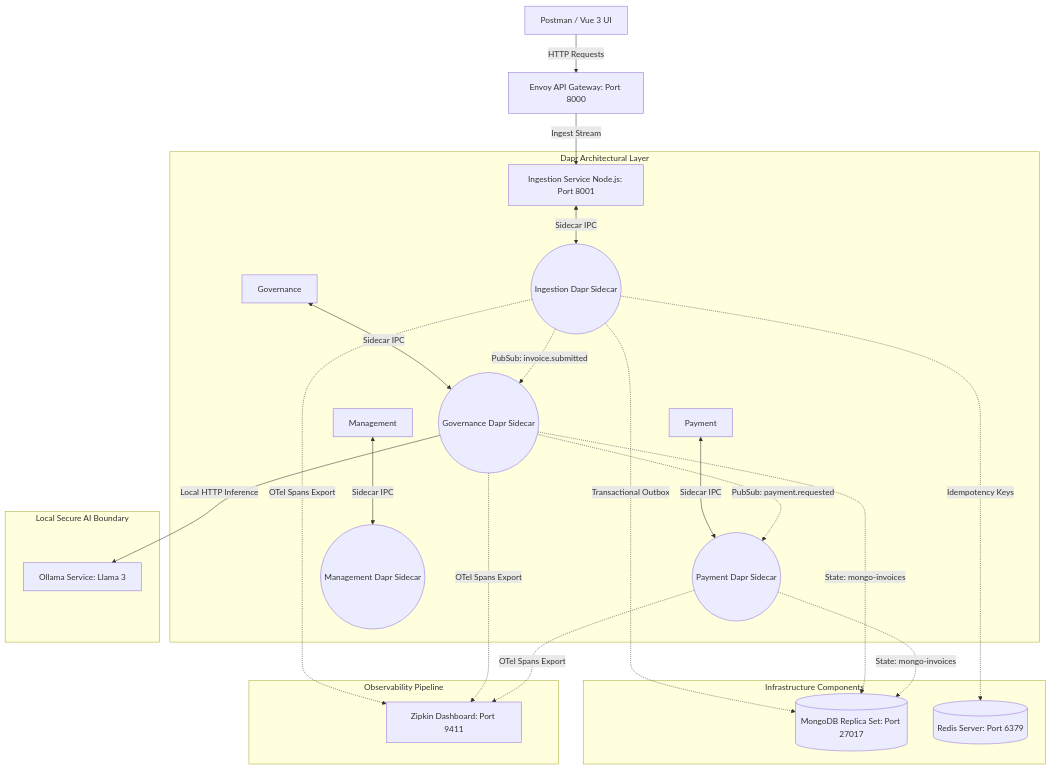
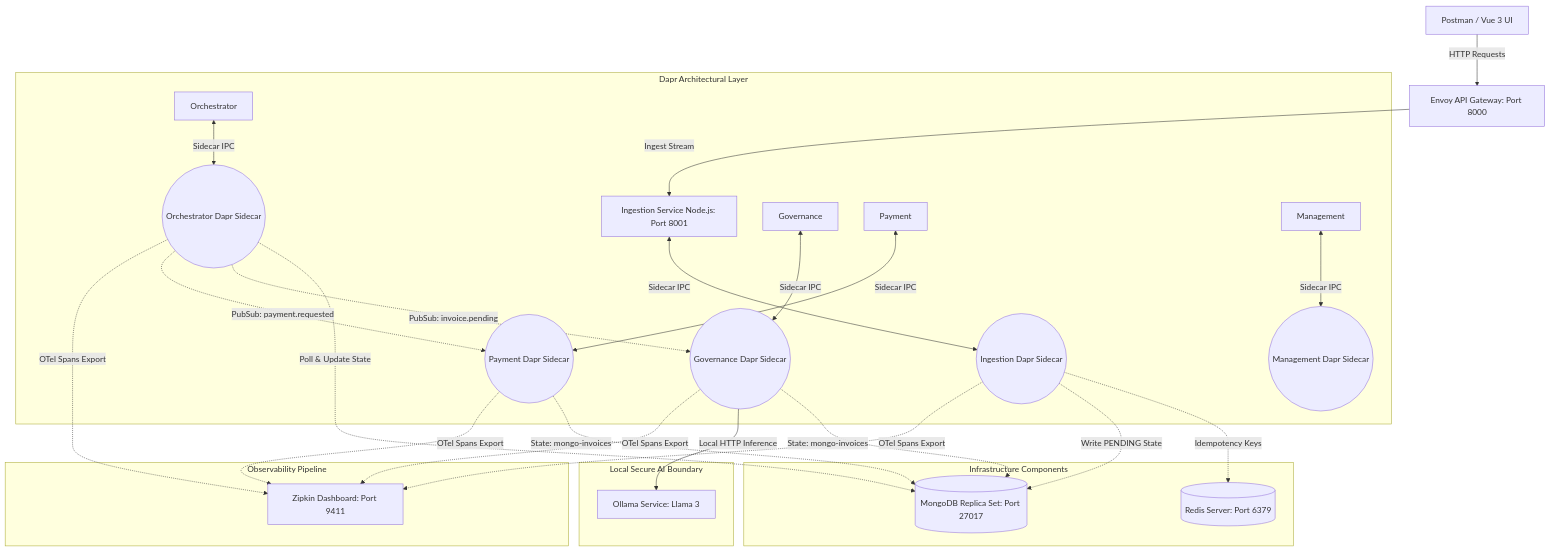
Before and after one commit to roman-shneer/InvoiceApprovalFlow: the first of 4 diagrams in docs/ARCHITECTURE.md, drawn with Mermaid. The commit also changed other lines of this file and 11 other files, not shown here.

````diff
--- a/docs/ARCHITECTURE.md
+++ b/docs/ARCHITECTURE.md
@@ -22,31 +22,36 @@
 ```mermaid
 graph TD
     Client[Postman / Vue 3 UI] -->|HTTP Requests| Envoy[Envoy API Gateway: Port 8000]
     Envoy -->|Ingest Stream| Ingestion[Ingestion Service Node.js: Port 8001]
     
     subgraph Dapr Architectural Layer
         Ingestion <-->|Sidecar IPC| Dapr1((Ingestion Dapr Sidecar))
+        Orchestrator <-->|Sidecar IPC| Dapr5((Orchestrator Dapr Sidecar))
         Governance <-->|Sidecar IPC| Dapr2((Governance Dapr Sidecar))
         Payment <-->|Sidecar IPC| Dapr3((Payment Dapr Sidecar))
         Management <-->|Sidecar IPC| Dapr4((Management Dapr Sidecar))
     end
 
     subgraph Infrastructure Components
-        Dapr1 -.->|Transactional Outbox| DB[(MongoDB Replica Set: Port 27017)]
         Dapr1 -.->|Idempotency Keys| Redis[(Redis Server: Port 6379)]
-        Dapr1 -.->|PubSub: invoice.submitted| Dapr2
-        Dapr2 -.->|PubSub: payment.requested| Dapr3
+        Dapr1 -.->|Write PENDING State| DB[(MongoDB Replica Set: Port 27017)]
+        
+        Dapr5 -.->|Poll & Update State| DB
+        Dapr5 -.->|PubSub: invoice.pending| Dapr2
+        Dapr5 -.->|PubSub: payment.requested| Dapr3
+        
         Dapr2 -.->|State: mongo-invoices| DB
         Dapr3 -.->|State: mongo-invoices| DB
     end
 
     subgraph Local Secure AI Boundary
         Dapr2 -->|Local HTTP Inference| Ollama[Ollama Service: Llama 3]
     end
 
     subgraph Observability Pipeline
         Dapr1 -.->|OTel Spans Export| Zipkin[Zipkin Dashboard: Port 9411]
+        Dapr5 -.->|OTel Spans Export| Zipkin
         Dapr2 -.->|OTel Spans Export| Zipkin
         Dapr3 -.->|OTel Spans Export| Zipkin
     end
 ```
````
